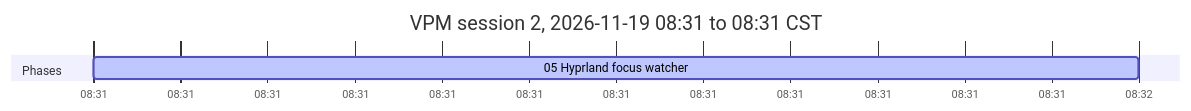
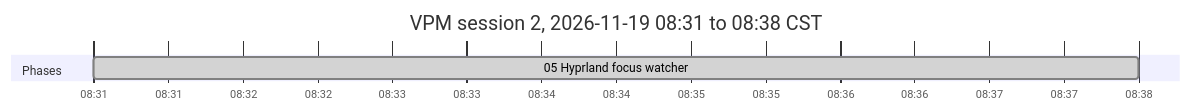
The second of 2 diagrams in VPM_IMPLEMENTATION_PLAN.md (antonizick/VPNMonitor), drawn with Mermaid before and after one commit. The commit also changed other lines of this file and 1 other file, not shown here.

Commit message:
docs(plan): refresh timeline

````diff
--- a/VPM_IMPLEMENTATION_PLAN.md
+++ b/VPM_IMPLEMENTATION_PLAN.md
@@ -67,8 +67,8 @@
 ```mermaid
 gantt
-    title VPM session 2, 2026-11-19 08:31 to 08:31 CST
+    title VPM session 2, 2026-11-19 08:31 to 08:38 CST
     dateFormat YYYY-MM-DD HH:mm
     axisFormat %H:%M
     section Phases
-    05 Hyprland focus watcher :active, p05s2, 2026-11-19 08:31, 2026-11-19 08:32
+    05 Hyprland focus watcher :done, p05s2, 2026-11-19 08:31, 2026-11-19 08:38
 ```
````
